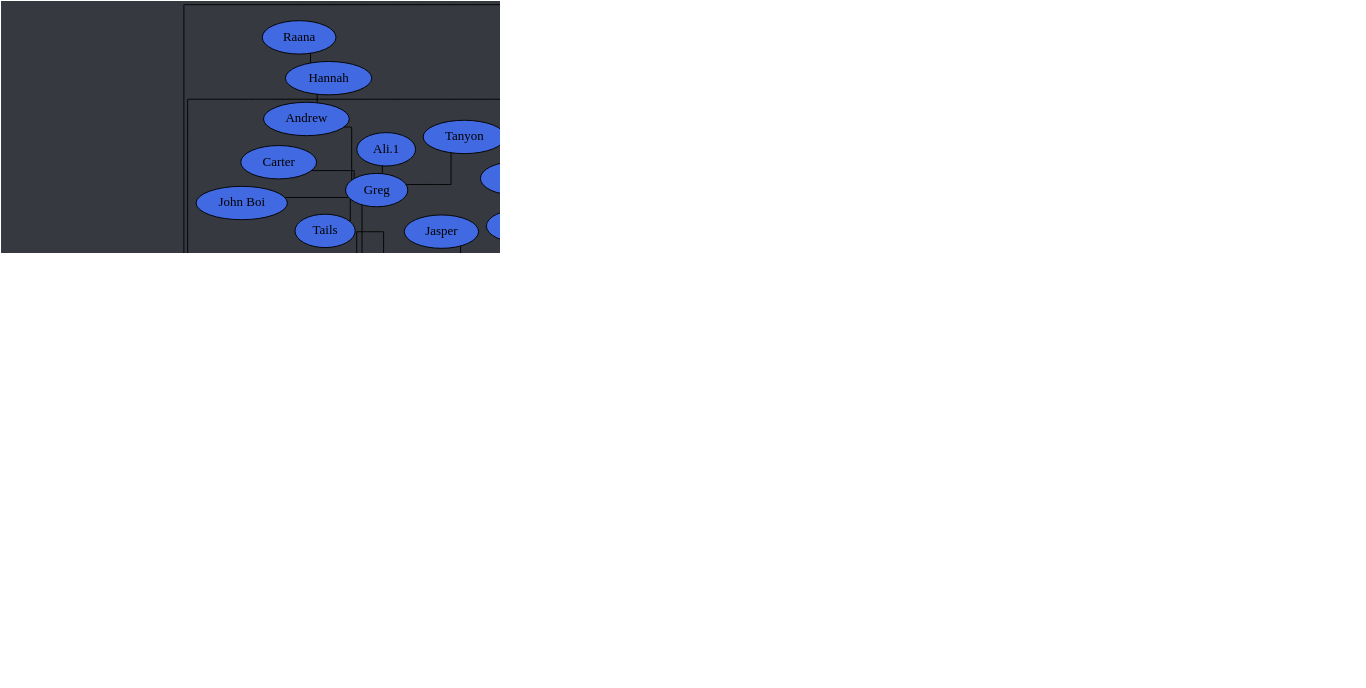
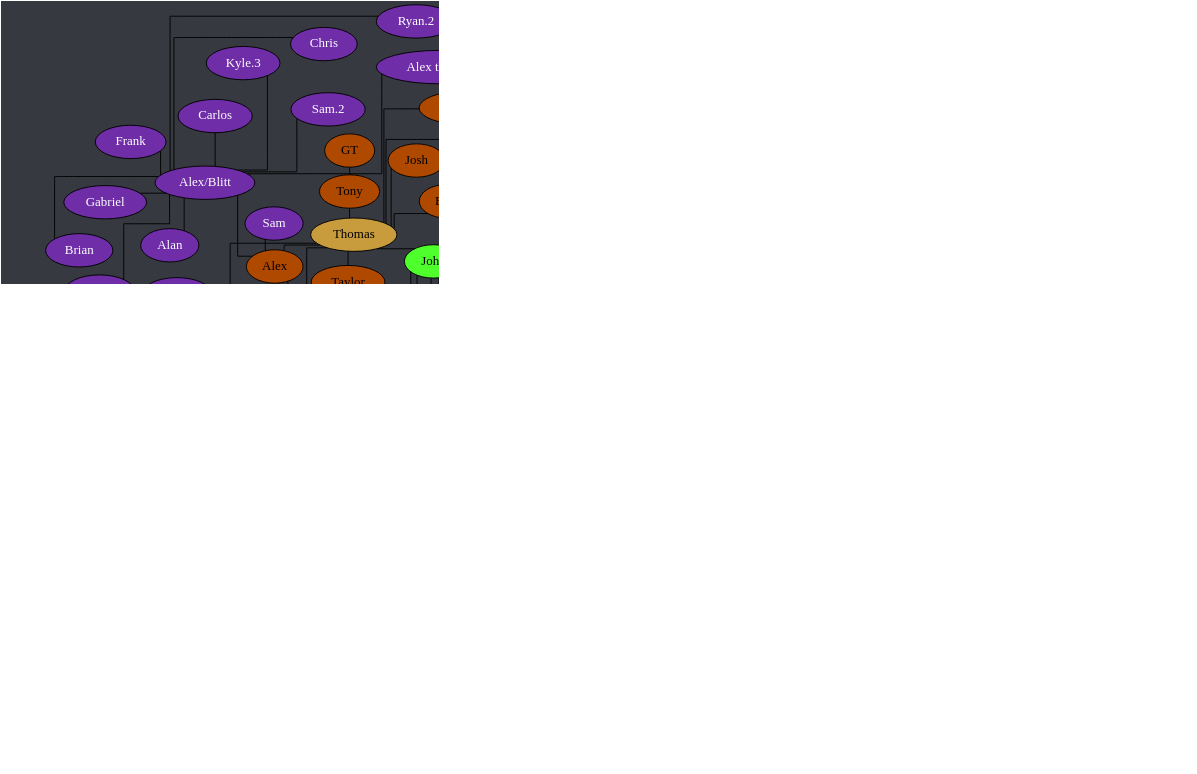
Before and after one commit to Documidas/CoronaCatzFamilyTree: the diagram in tree.dot, drawn with Graphviz. The commit also changed 1 other file, not shown here.

Commit message:
Fix merge issue, move Kuri

```diff
--- a/tree.dot
+++ b/tree.dot
@@ -1,174 +1,172 @@
 strict graph {
 	// Layout Configuration
 	layout = neato;
 	dpi = 200;
 	epsilon = 0.01;
 	mode = major;
 	model = subset;
 	overlap = false;
 	splines = ortho;
 	start = rand;
 
 	// Visual Configuration
 	graph [ truecolor=true bgcolor="#36393f" ];
 	node [ style=filled fillcolor="gray" fontcolor="black" ];
 
 	subgraph "Joel" {
 		node [ style=filled fillcolor="firebrick4" fontcolor="white" ];
 		Joel [ style=filled fillcolor="gold" fontcolor="black" ];
 
 		Cayla -- "Ali.2";
 		Cayla -- Jonathan;
 		Cayla -- Kate;
 		Cayla -- Ranger;
 		Joel -- Anders;
 		Joel -- Cayla;
 		Joel -- Conner;
 		Joel -- Jared;
 		Joel -- Kat;
 		Joel -- Patrick;
 		Joel -- Steven;
 		Joel -- Zach;
 	}
 
 	subgraph "Anders" {
 		node [ style=filled fillcolor="green4" fontcolor="white" ];
 		// Anders [ style=filled fillcolor="green4" fontcolor="white" ];
 
 		Anders -- Chiara;
 		Anders -- Cody;
 		Anders -- Daniel;
 		Anders -- "Derek/Yaupon";
 		Anders -- DJ;
 		Anders -- Hahnur;
 		Anders -- Jen;
 		Anders -- Matt;
 		Anders -- Solis;
 		Anders -- Will;
 		Anders -- Wyatt;
 	}
 
 	subgraph "Jared" {
 		node [ style=filled fillcolor="royalblue" fontcolor="black" ];
 		// Jared [ style=filled fillcolor="royalblue" fontcolor="black" ];
 
 		Andrew -- Hannah;
 		Dave -- Everett;
 		Donnie -- Bryan;
 		Donnie -- Troy;
 		Greg -- "Ali.1";
 		Greg -- Andrew;
 		Greg -- Carter;
 		Greg -- "John Boi";
 		Greg -- Tails;
 		Greg -- Tanyon;
 		Hannah -- Raana;
 		Jared -- Brandi;
 		Jared -- Dave;
 		Jared -- Donnie;
 		Jared -- Fabi;
 		Jared -- "Jack.2";
 		Jared -- Cole;
 		Jared -- Kamon;
 		Jared -- Greg;
 		Jared -- Isabelle;
 		Jared -- Mason;
 		Jared -- Matt;
 		Jared -- Mehmet;
 		Jared -- Nam;
 		Jared -- Shannon;
 		Jared -- Spencer;
 		Jared -- Tyler;
 		Jared -- "Zach/Laniakea";
 		Jared -- "Zöe";
 		Troy -- Drake;
 		Tyler -- Gaby;
 		"Zöe" -- Jasper;
 	}
 
 	subgraph "Zach/Laniakea" {
 		node [ style=filled fillcolor="#4eff2c" fontcolor="black" ];
 		// "Zach/Laniakea" [ style=filled fillcolor="#4eff2c" fontcolor="black" ];
 
 		"Caio.2" -- "Kyle.1";
 		"Caio.2" -- Lucas;
+		Kuri -- Drew;
+		Kuri -- Jon;
+		Kuri -- Karma;
 		"Zach/Laniakea" -- Allen;
 		"Zach/Laniakea" -- "Caio.2";
 		"Zach/Laniakea" -- Colin;
 		"Zach/Laniakea" -- John;
 		"Zach/Laniakea" -- Logan;
 		"Zach/Laniakea" -- Kevin;
+		"Zach/Laniakea" -- Kuri;
 		"Zach/Laniakea" -- "Kyle.0";
 		"Zach/Laniakea" -- Mike;
 		"Zach/Laniakea" -- "Ryan.1";
 	}
 
 	subgraph "John" {
 		node [ style=filled fillcolor="#c89b3c" fontcolor="black" ];
 		// John [ style=filled fillcolor="#c89b3c" fontcolor="black" ];
 
 		Haber -- "Derek/Nomad";
 		John -- Anna;
 		John -- Emily;
 		John -- Haber;
 		John -- Jay;
 		John -- Jack;
 		John -- Lara;
 		John -- Monarch;
 		John -- "Oliger/Leanza";
 		John -- Thomas;
 	}
 
 	subgraph "John-stream" {
 		// node [ style=filled fillcolor="#9147ff" fontcolor="black" ];
 		node [ style=filled fillcolor="#c89b3c" fontcolor="black" ];
 
 		John -- "Michael/Wheezy";
 	}
 
 	subgraph "Thomas" {
 		node [ style=filled fillcolor="#b04900" fontcolor="black" ];
 		// Thomas [ style=filled fillcolor="#b04900" fontcolor="black" ];
 
 		Thomas -- Alex;
 		Thomas -- Bob;
 		Thomas -- JD;
 		Thomas -- Josh;
 		Thomas -- Juan;
 		Thomas -- Taylor;
 		Thomas -- Tony;
 		Thomas -- "Travis.1";
 		Thomas -- "Travis.2";
 		Tony -- GT;
 	}
 
 	subgraph "Alex" {
 		node [ style=filled fillcolor="#6f2da8" fontcolor="white" ];
 		// Alex [ style=filled fillcolor="#6f2da8" fontcolor="black" ];
 
 		Alex -- "Alex/Blitt";
 		Alex -- "Da'Von";
 		Alex -- Sam;
 		"Alex/Blitt" -- Alan;
 		"Alex/Blitt" -- "Alex the 3rd";
 		"Alex/Blitt" -- Brian;
 		"Alex/Blitt" -- Carlos;
 		"Alex/Blitt" -- Chris;
 		"Alex/Blitt" -- Frank;
 		"Alex/Blitt" -- Gabriel;
 		"Alex/Blitt" -- "Kyle.3";
 		"Alex/Blitt" -- Laske;
 		"Alex/Blitt" -- "Ryan.2";
 		"Alex/Blitt" -- "Sam.2";
 		"Da'Von" -- Dalton;
 		"Da'Von" -- Dalyn;
-		"Da'Von" -- Drew;
-		"Da'Von" -- Jon;
-		"Da'Von" -- Karma;
 		"Da'Von" -- Zeller;
 		Dalton -- Graysen;
-		Kuri -- Drew;
-		Kuri -- Jon;
-		Kuri -- Karma;
 	}
 }
```
